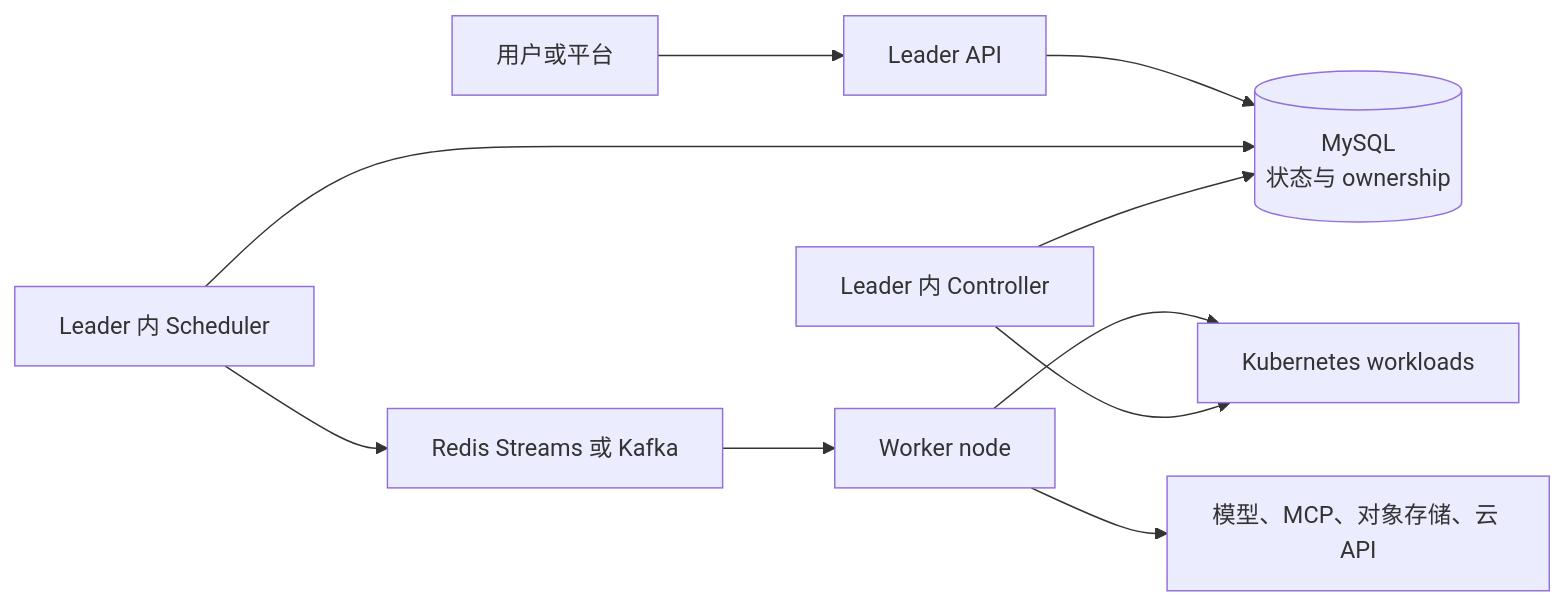
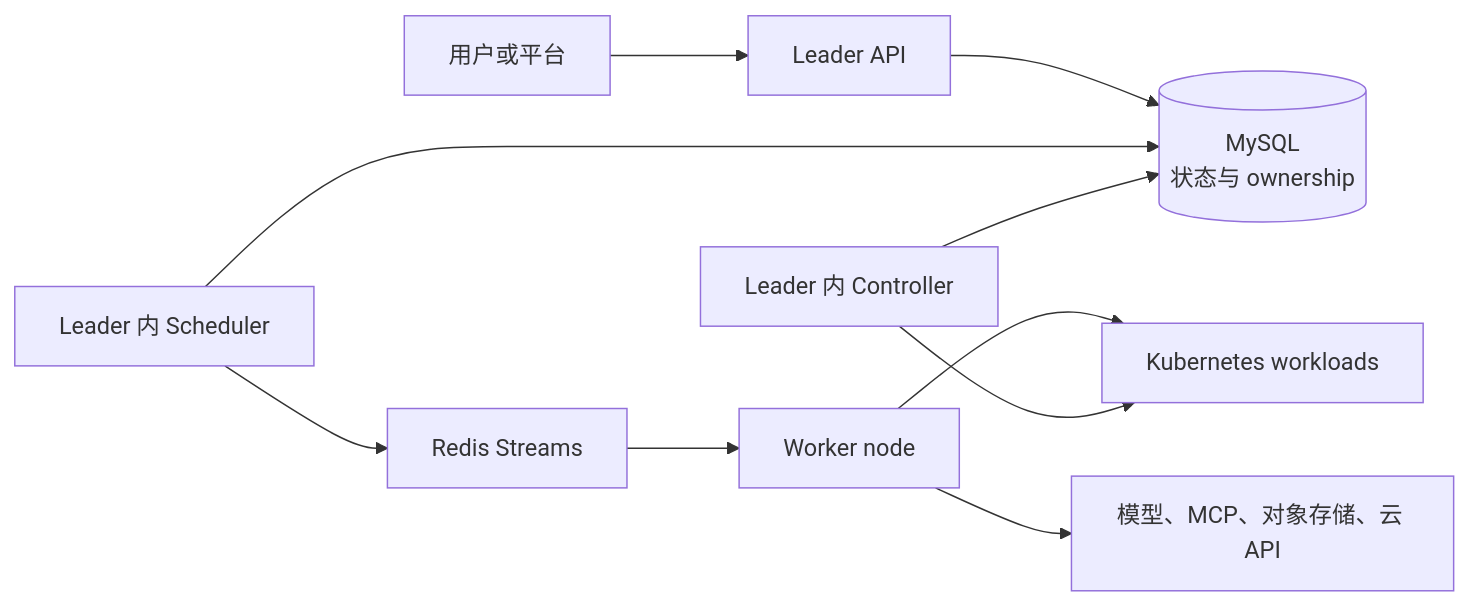
One commit to PixelCores/Eruun changed the diagram in docs/ai-runtime-vision.md. Above: the diagram before and after it, drawn with Mermaid. The commit also changed 74 other files, not shown here.

````diff
--- a/docs/ai-runtime-vision.md
+++ b/docs/ai-runtime-vision.md
@@ -80,12 +80,12 @@
 ```mermaid
 flowchart LR
     User[用户或平台] --> API[Leader API]
     API --> DB[(MySQL\n状态与 ownership)]
     Scheduler[Leader 内 Scheduler] --> DB
-    Scheduler --> Queue[Redis Streams 或 Kafka]
+    Scheduler --> Queue[Redis Streams]
     Queue --> Worker[Worker node]
     Worker --> K8s[Kubernetes workloads]
     Worker --> External[模型、MCP、对象存储、云 API]
     Controller[Leader 内 Controller] --> K8s
     Controller --> DB
 ```
````
